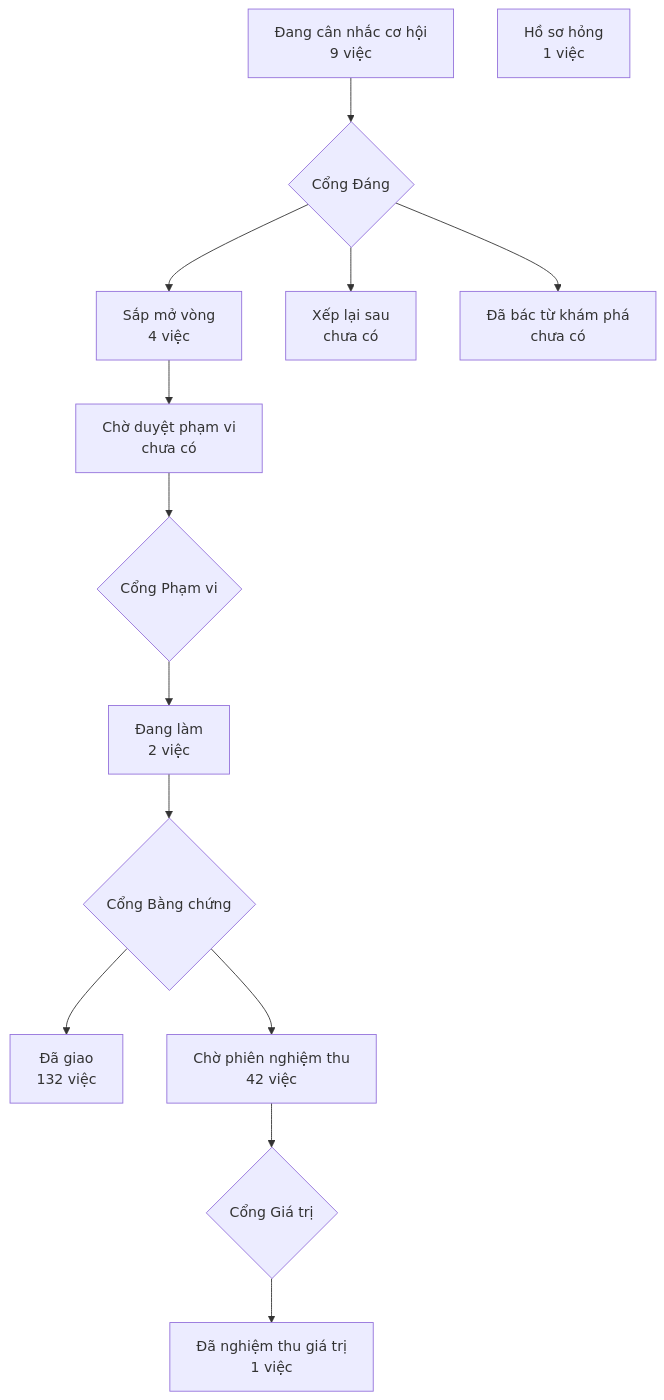
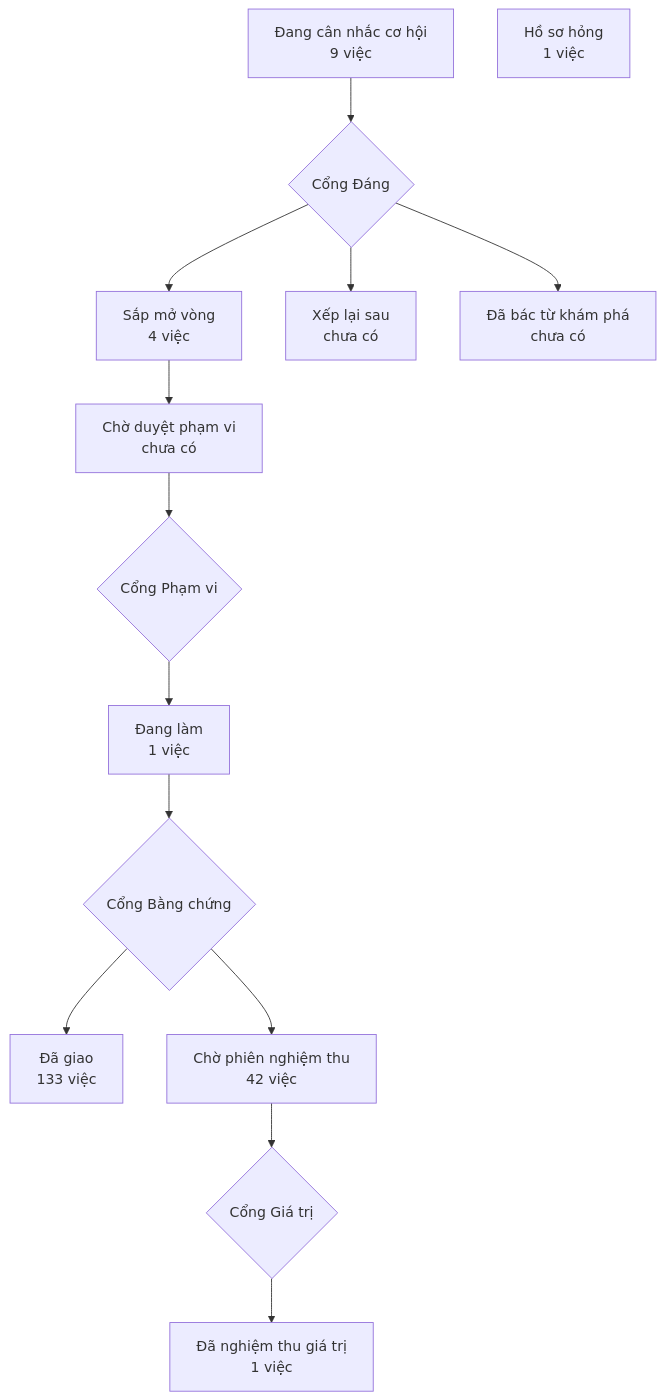
Before and after one commit to phanlemanh/crm-onehub: the diagram in PRODUCT-MAP.md, drawn with Mermaid. The commit also changed other lines of this file and 6 other files, not shown here.

````diff
--- a/PRODUCT-MAP.md
+++ b/PRODUCT-MAP.md
@@ -7,13 +7,13 @@
 ```mermaid
 flowchart TD
   A["Đang cân nhắc cơ hội<br/>9 việc"] --> GD{"Cổng Đáng"}
   GD --> B["Sắp mở vòng<br/>4 việc"]
   GD --> XL["Xếp lại sau<br/>chưa có"]
   GD --> DB["Đã bác từ khám phá<br/>chưa có"]
   B --> CD["Chờ duyệt phạm vi<br/>chưa có"] --> GP{"Cổng Phạm vi"}
-  GP --> DL["Đang làm<br/>2 việc"] --> GB{"Cổng Bằng chứng"}
-  GB --> DG["Đã giao<br/>132 việc"]
+  GP --> DL["Đang làm<br/>1 việc"] --> GB{"Cổng Bằng chứng"}
+  GB --> DG["Đã giao<br/>133 việc"]
   GB --> CN["Chờ phiên nghiệm thu<br/>42 việc"] --> GG{"Cổng Giá trị"}
   GG --> NT["Đã nghiệm thu giá trị<br/>1 việc"]
   HS["Hồ sơ hỏng<br/>1 việc"]
 ```
````
